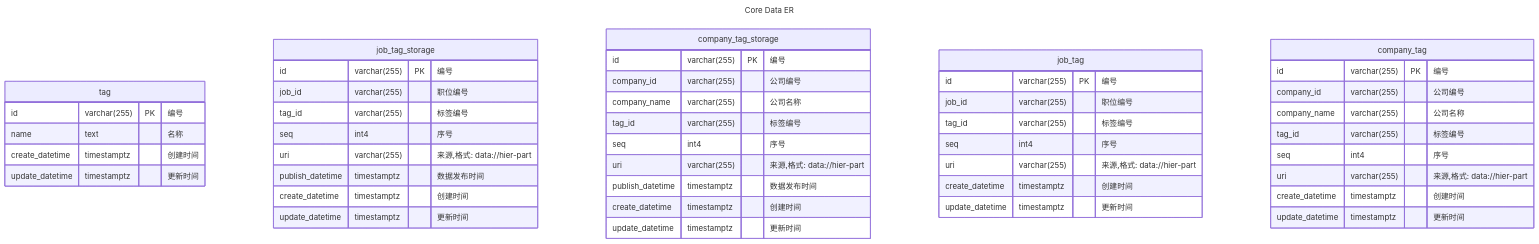
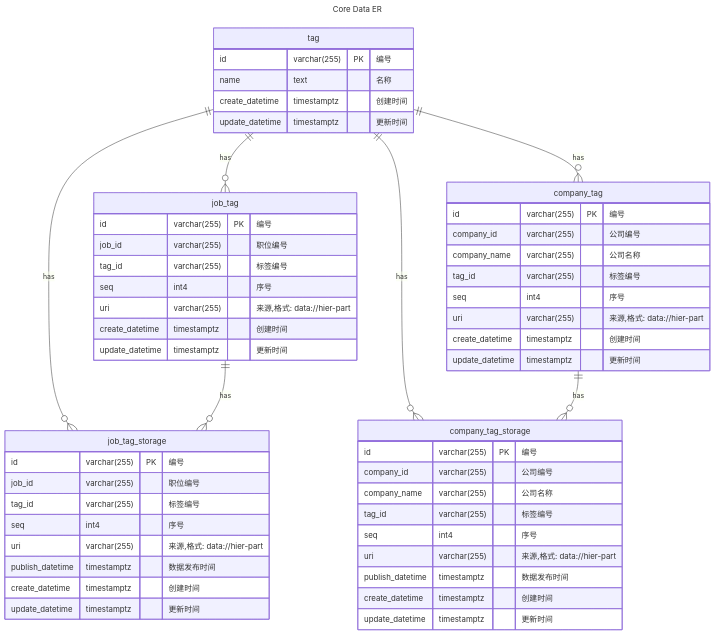
Before and after one commit to lastsunday/job-hunting: the second of 4 diagrams in docs/src/development/server/core_logic_flow.md, drawn with Mermaid. The commit also changed other lines of this file, not shown here.

Commit message:
docs(server): fill server core logic flow data sync schema

````diff
--- a/docs/src/development/server/core_logic_flow.md
+++ b/docs/src/development/server/core_logic_flow.md
@@ -168,52 +168,58 @@
 ```mermaid
 ---
 title: Core Data ER
 ---
 erDiagram
     tag{
       id varchar(255) PK "编号"
       name text "名称"
       create_datetime timestamptz "创建时间"
       update_datetime timestamptz "更新时间"
     }
+    tag ||--o{ job_tag_storage: has
     job_tag_storage{
       id varchar(255) PK "编号"
       job_id varchar(255) "职位编号"
       tag_id varchar(255) "标签编号"
       seq int4 "序号"
       uri varchar(255) "来源,格式: data://hier-part"
       publish_datetime timestamptz "数据发布时间"
       create_datetime timestamptz "创建时间"
       update_datetime timestamptz "更新时间"
     }
+    tag ||--o{ company_tag_storage: has
     company_tag_storage{
       id varchar(255) PK "编号"
       company_id varchar(255) "公司编号"
       company_name varchar(255) "公司名称"
       tag_id varchar(255) "标签编号"
       seq int4 "序号"
       uri varchar(255) "来源,格式: data://hier-part"
       publish_datetime timestamptz "数据发布时间"
       create_datetime timestamptz "创建时间"
       update_datetime timestamptz "更新时间"
     }
+    tag ||--o{ job_tag: has
+    job_tag ||--o{ job_tag_storage: has
     job_tag{
       id varchar(255) PK "编号"
       job_id varchar(255) "职位编号"
       tag_id varchar(255) "标签编号"
       seq int4 "序号"
       uri varchar(255) "来源,格式: data://hier-part"
       create_datetime timestamptz "创建时间"
       update_datetime timestamptz "更新时间"
     }
+    tag ||--o{ company_tag: has
+    company_tag ||--o{ company_tag_storage: has
     company_tag{
       id varchar(255) PK "编号"
       company_id varchar(255) "公司编号"
       company_name varchar(255) "公司名称"
       tag_id varchar(255) "标签编号"
       seq int4 "序号"
       uri varchar(255) "来源,格式: data://hier-part"
       create_datetime timestamptz "创建时间"
       update_datetime timestamptz "更新时间"
     }
 ```
````
